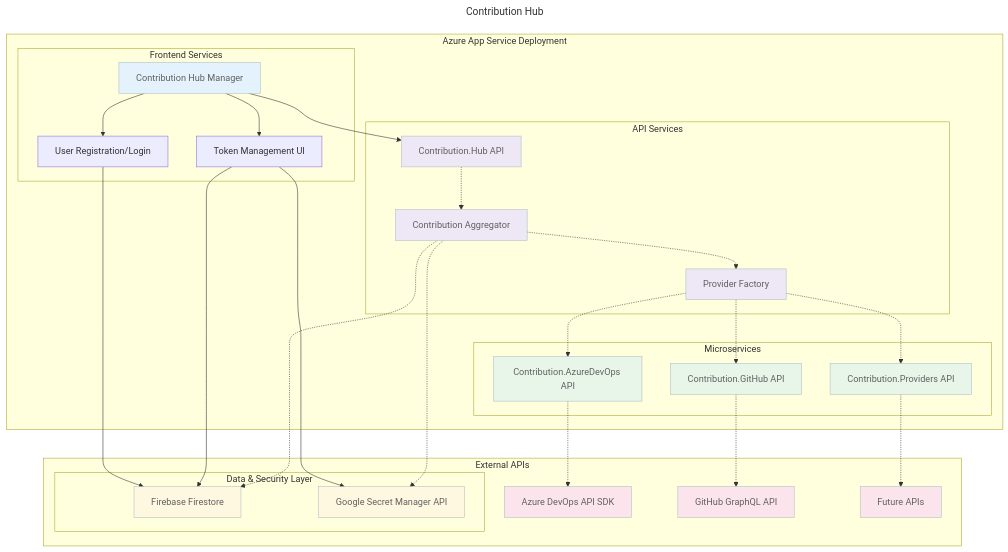
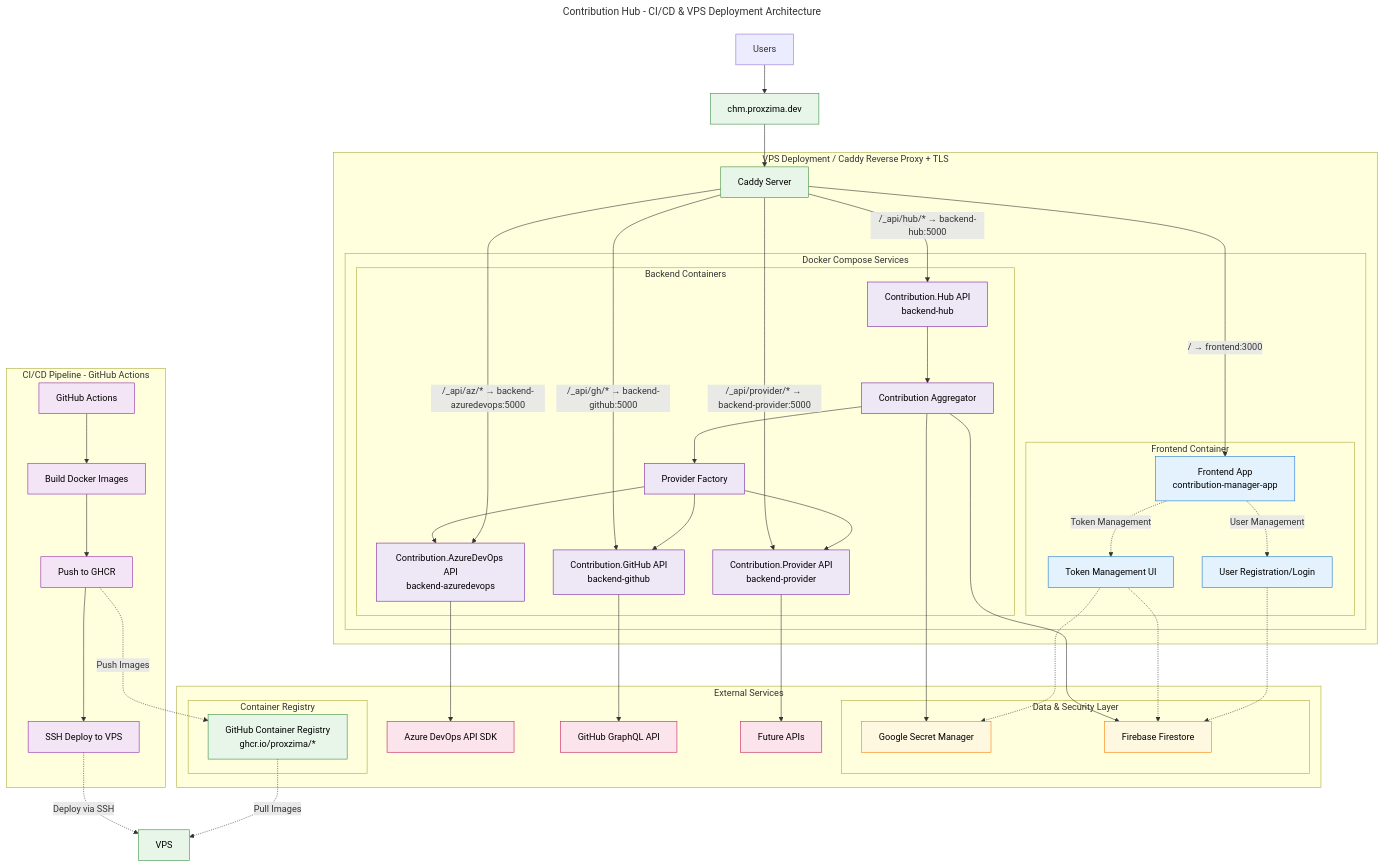
The diagram in README.md (PROxZIMA/ContributionManager), drawn with Mermaid before and after one commit. The commit also changed 1 other file, not shown here.

Commit message:
fix: update PAT generation URL in CredentialDialog for specific token scopes

````diff
--- a/README.md
+++ b/README.md
@@ -70,77 +70,95 @@
 ```mermaid
 ---
-title: Contribution Hub
+title: Contribution Hub - CI/CD & VPS Deployment Architecture
 ---
 
 graph TB
-    %% User Management & Token Management
-    A1[Contribution Hub Manager] --> J1[User Registration/Login]
-    J1 --> H[Firebase Firestore]
-    A1 --> J2[Token Management UI]
-    J2 --> H
-    J2 --> I[Google Secret Manager API]
+    %% CI/CD Pipeline
+    subgraph "CI/CD Pipeline - GitHub Actions"
+        GA[GitHub Actions] --> GB[Build Docker Images]
+        GB --> GC[Push to GHCR]
+        GC --> GD[SSH Deploy to VPS]
+    end
     
-    %% API Gateway & Main Service
-    A1 --> B2[Contribution.Hub API]
-    B2 -.-> C[Contribution Aggregator]
-    C -.-> D[Provider Factory]
+    %% CI/CD Flow
+    GD -.-> |Deploy via SSH| VPS
+    GC -.-> |Push Images| GHCR
+    GHCR -.-> |Pull Images| VPS
+    
+    %% Users & Domain
+    U[Users] --> CD[chm.proxzima.dev]
+    CD --> CR[Caddy Server]
+
+    %% VPS Deployment Infrastructure
+    subgraph "VPS Deployment / Caddy Reverse Proxy + TLS"
+        CR --> |"/_api/hub/* → backend-hub:5000"| B2
+        CR --> |"/ → frontend:3000"| FR
+        CR --> |"/_api/gh/* → backend-github:5000"| F
+        CR --> |"/_api/provider/* → backend-provider:5000"| G
+        subgraph "Docker Compose Services"
+
+            subgraph "Frontend Container"
+                FR[Frontend App<br/>contribution-manager-app]
+                FR -.-> |Token Management| J2[Token Management UI]
+                FR -.-> |User Management| J1[User Registration/Login]
+            end
+            
+            subgraph "Backend Containers"
+                B2[Contribution.Hub API<br/>backend-hub]
+                B2 --> C[Contribution Aggregator]
+                C --> D[Provider Factory]
+                E[Contribution.AzureDevOps API<br/>backend-azuredevops]
+                F[Contribution.GitHub API<br/>backend-github]
+                G[Contribution.Provider API<br/>backend-provider]
+            end
+        end
+
+        D --> E
+        D --> F
+        D --> G
+        CR --> |"/_api/az/* → backend-azuredevops:5000"| E
+    end
     
     %% Data Access
-    C -.-> H
-    C -.-> I
+    C --> I
+    C --> H
     
-    %% Provider Services
-    D -.-> E[Contribution.AzureDevOps API]
-    D -.-> F[Contribution.GitHub API]
-    D -.-> G[Contribution.Providers API]
+    %% Application Logic Flow
+    J2 -.-> I[Google Secret Manager]
+    J2 -.-> H
+    J1 -.-> H[Firebase Firestore]
     
-    E -.-> K2
-    F -.-> K1
-    G -.-> K3
-
-    %% Azure App Service Deployment
-    subgraph "Azure App Service Deployment"
-        subgraph "Frontend Services"
-            A1
-            J1
-            J2
-        end
-
-        subgraph "API Services"
-            B2
-            C
-            D
-        end
-        
-        subgraph "Microservices"
-            E
-            F
-            G
-        end
-    end
-
     %% External APIs
-    subgraph "External APIs"
-        K1[GitHub GraphQL API]
-        K2[Azure DevOps API SDK]
-        K3[Future APIs]
-        %% External Data Layer
+    E --> K2[Azure DevOps API SDK]
+    F --> K1[GitHub GraphQL API]
+    G --> K3[Future APIs]
+    
+    %% External Services
+    subgraph "External Services"
+        K1
+        K2
+        K3
         subgraph "Data & Security Layer"
             H
             I
         end
+        subgraph "Container Registry"
+            GHCR[GitHub Container Registry<br/>ghcr.io/proxzima/*]
+        end
     end
     
     %% Styling
-    classDef frontend fill:#e3f2fd,stroke:#b0bec5,color:#616161
-    classDef api fill:#ede7f6,stroke:#b0bec5,color:#616161
-    classDef microservice fill:#e8f5e9,stroke:#b0bec5,color:#616161
-    classDef data fill:#fff8e1,stroke:#b0bec5,color:#616161
-    classDef external fill:#fce4ec,stroke:#b0bec5,color:#616161
+    classDef frontend fill:#e3f2fd,stroke:#1976d2,color:#000
+    classDef api fill:#ede7f6,stroke:#7b1fa2,color:#000
+    classDef infrastructure fill:#e8f5e9,stroke:#388e3c,color:#000
+    classDef data fill:#fff8e1,stroke:#f57c00,color:#000
+    classDef external fill:#fce4ec,stroke:#c2185b,color:#000
+    classDef cicd fill:#f3e5f5,stroke:#8e24aa,color:#000
     
-    class A1,A3,B1 frontend
-    class B2,C,D api
-    class E,F,G microservice
+    class FR,J1,J2 frontend
+    class B2,C,D,F,E,G api
+    class CD,CR,VPS,GHCR infrastructure
     class H,I data
     class K1,K2,K3 external
+    class GA,GB,GC,GD cicd
 ```
````
